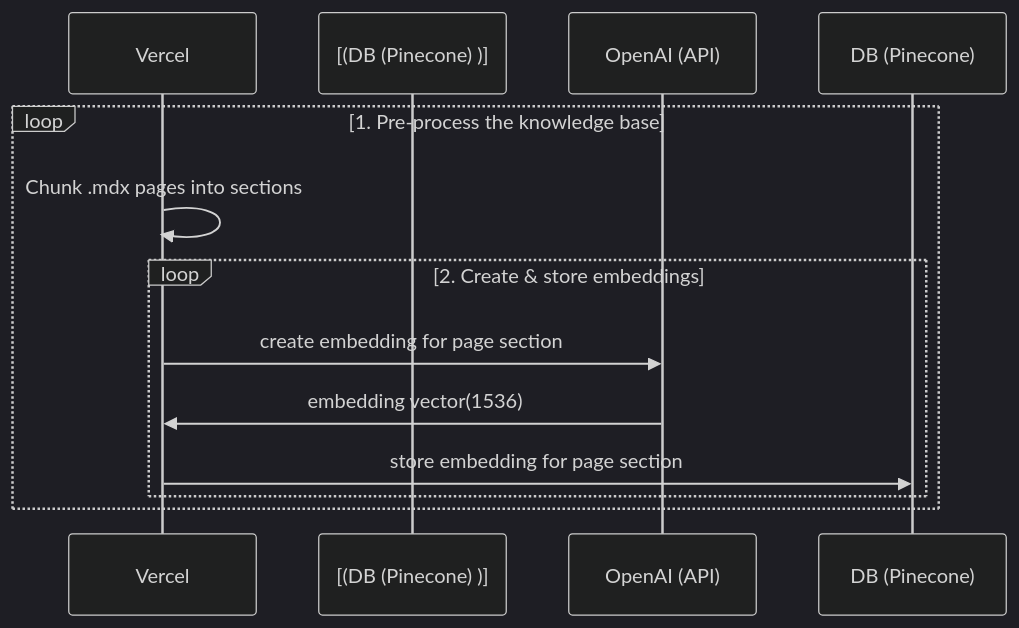
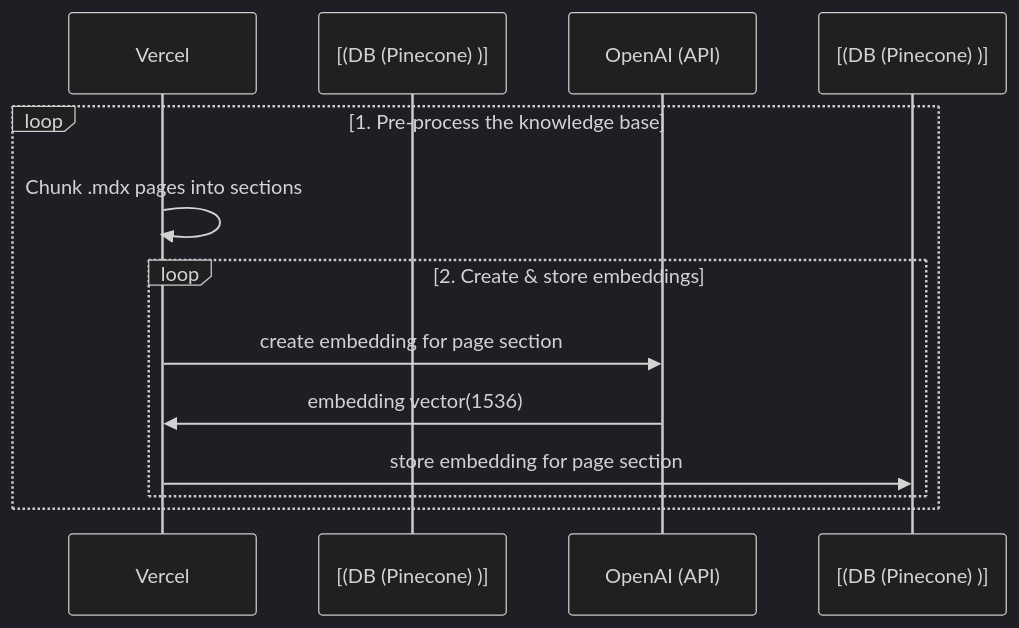
One commit to richafltr/StellarGPT changed the diagram in README.md. Above: the diagram before and after it, drawn with Mermaid (dark theme).

````diff
--- a/README.md
+++ b/README.md
@@ -25,15 +25,15 @@
 ```mermaid
 
 sequenceDiagram
     participant Vercel
     participant [(DB (Pinecone) )]
     participant OpenAI (API)
     loop 1. Pre-process the knowledge base
         Vercel->>Vercel: Chunk .mdx pages into sections
         loop 2. Create & store embeddings
             Vercel->>OpenAI (API): create embedding for page section
             OpenAI (API)->>Vercel: embedding vector(1536)
-            Vercel->>DB (Pinecone): store embedding for page section
+            Vercel->>[(DB (Pinecone)  )]: store embedding for page section
         end
     end
 ```
````
